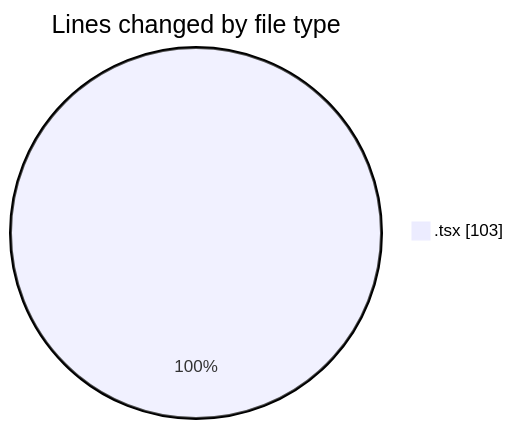
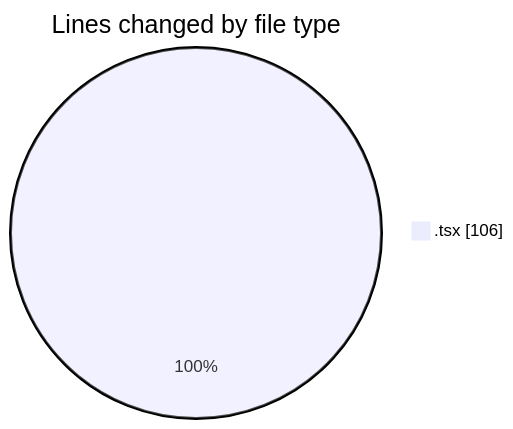
The first of 2 diagrams in 2025-09-16/cda/README.md (momahboobian/code-tracking), drawn with Mermaid before and after one commit. The commit also changed other lines of this file and 1 other file, not shown here.

````diff
--- a/2025-09-16/cda/README.md
+++ b/2025-09-16/cda/README.md
@@ -21,5 +21,5 @@
 ```mermaid
 pie showData
 title Lines changed by file type
-".tsx" : 103
+".tsx" : 106
 ```
````
